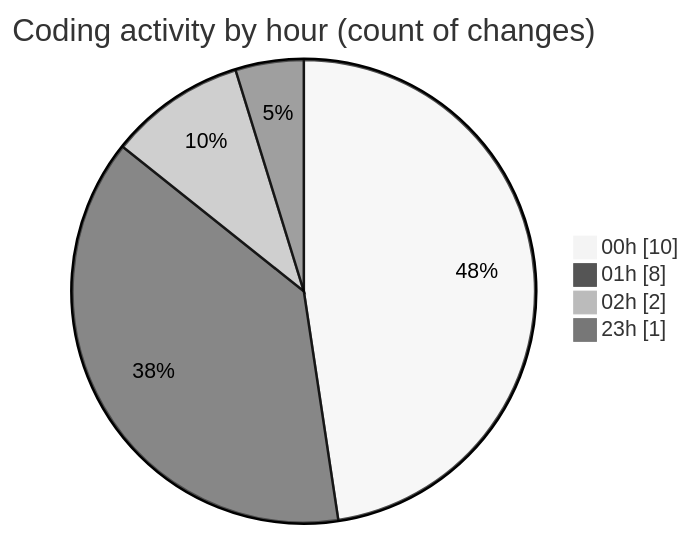
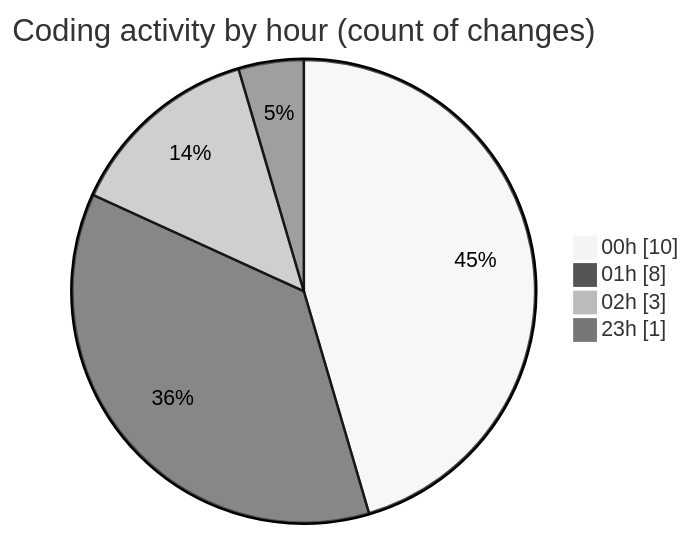
The second of 2 diagrams in 2026-02-09/singularitybrainai/README.md (tmsrecording-cyber/code-tracking), drawn with Mermaid (neutral theme) before and after one commit. The commit also changed other lines of this file and 1 other file, not shown here.

````diff
--- a/2026-02-09/singularitybrainai/README.md
+++ b/2026-02-09/singularitybrainai/README.md
@@ -29,8 +29,8 @@
 ```mermaid
 pie showData
 title Coding activity by hour (count of changes)
 "00h" : 10
 "01h" : 8
-"02h" : 2
+"02h" : 3
 "23h" : 1
 ```
````
